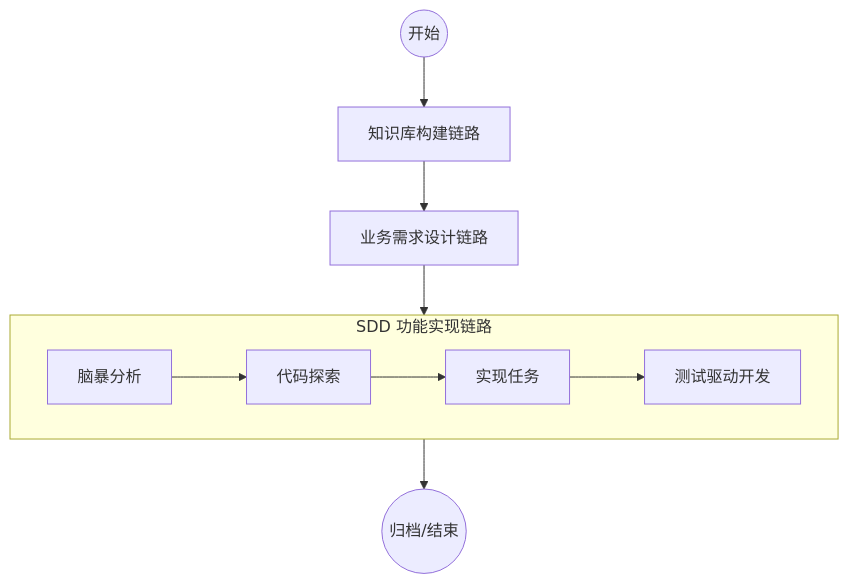
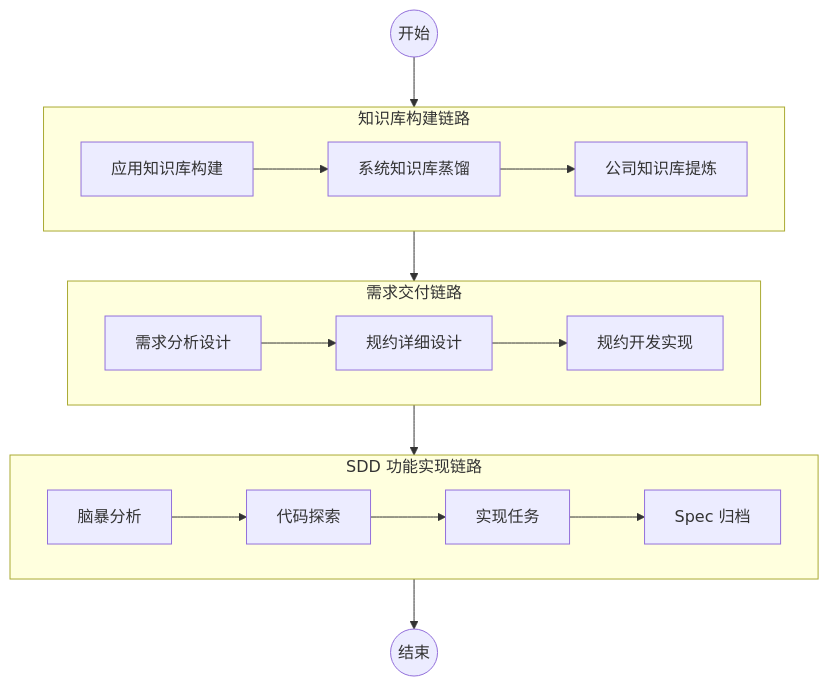
One commit to oleewen/ai-knowledge changed the first of 2 diagrams in README.md. Above: the diagram before and after it, drawn with Mermaid. The commit also changed other lines of this file and 87 other files, not shown here.

````diff
--- a/README.md
+++ b/README.md
@@ -112,12 +167,22 @@
 ```mermaid
 flowchart TD
-    S((开始)) --> KB[知识库构建链路]
-    KB --> RDD[业务需求设计链路]
-    RDD --> SDD[功能实现交付链路]
-    SDD --> Z((归档/结束))
+    S((开始)) --> KB
+    KB --> RD
+    RD --> SDD
+    SDD --> Z((结束))
+
+    subgraph KB["知识库构建链路"]
+      direction LR
+      application["应用知识库构建"] --> system["系统知识库蒸馏"] --> company["公司知识库提炼"]
+    end
+
+    subgraph RD["需求交付链路"]
+      direction LR
+      a["需求分析设计"] --> d["规约详细设计"] --> r["规约开发实现"]
+    end
 
     subgraph SDD["SDD 功能实现链路"]
       direction LR
-      b["脑暴分析"] --> ex["代码探索"] --> app["实现任务"] --> tdd["测试驱动开发"]
+      brainstorming["脑暴分析"] --> explore["代码探索"] --> apply["实现任务"] --> archive["Spec 归档"]
     end
 ```
````
